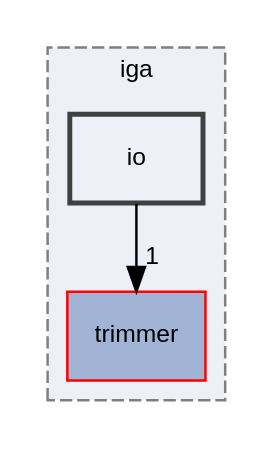
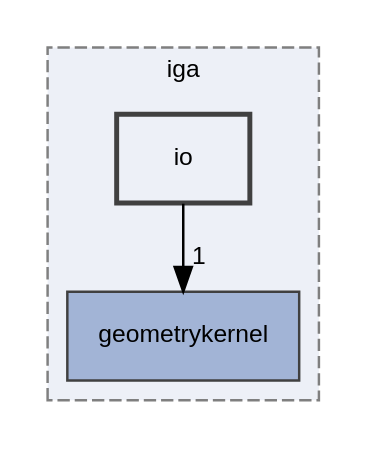
The diagram in dir_c3ccff8517fbe337b2b8ad503c3a1590_dep.dot (rath3t/dune-iga-doc), drawn with Graphviz before and after one commit. The commit also changed 693 other files, not shown here.

```diff
--- a/dir_c3ccff8517fbe337b2b8ad503c3a1590_dep.dot
+++ b/dir_c3ccff8517fbe337b2b8ad503c3a1590_dep.dot
@@ -1,13 +1,13 @@
 digraph "io"
 {
  // LATEX_PDF_SIZE
   edge [fontname="Helvetica",fontsize="10",labelfontname="Helvetica",labelfontsize="10"];
   node [fontname="Helvetica",fontsize="10",shape=record];
   compound=true
   subgraph clusterdir_d2a3c23294a1b1015b1b8e8721ddded8 {
     graph [ bgcolor="#edf0f7", pencolor="grey50", style="filled,dashed,", label="iga", fontname="Helvetica", fontsize="10", URL="dir_d2a3c23294a1b1015b1b8e8721ddded8.html"]
-  dir_7d0c370ab440c4b4f78419bfc8c93eb8 [shape=box, label="trimmer", style="filled,", fillcolor="#a2b4d6", color="red", URL="dir_7d0c370ab440c4b4f78419bfc8c93eb8.html"];
+  dir_98571e7345f7327fea7723ec1a12d870 [shape=box, label="geometrykernel", style="filled,", fillcolor="#a2b4d6", color="grey25", URL="dir_98571e7345f7327fea7723ec1a12d870.html"];
   dir_c3ccff8517fbe337b2b8ad503c3a1590 [shape=box, label="io", style="filled,bold,", fillcolor="#edf0f7", color="grey25", URL="dir_c3ccff8517fbe337b2b8ad503c3a1590.html"];
   }
-  dir_c3ccff8517fbe337b2b8ad503c3a1590->dir_7d0c370ab440c4b4f78419bfc8c93eb8 [headlabel="1", labeldistance=1.5 headhref="dir_000013_000020.html"];
+  dir_c3ccff8517fbe337b2b8ad503c3a1590->dir_98571e7345f7327fea7723ec1a12d870 [headlabel="1", labeldistance=1.5 headhref="dir_000013_000006.html"];
 }
```
